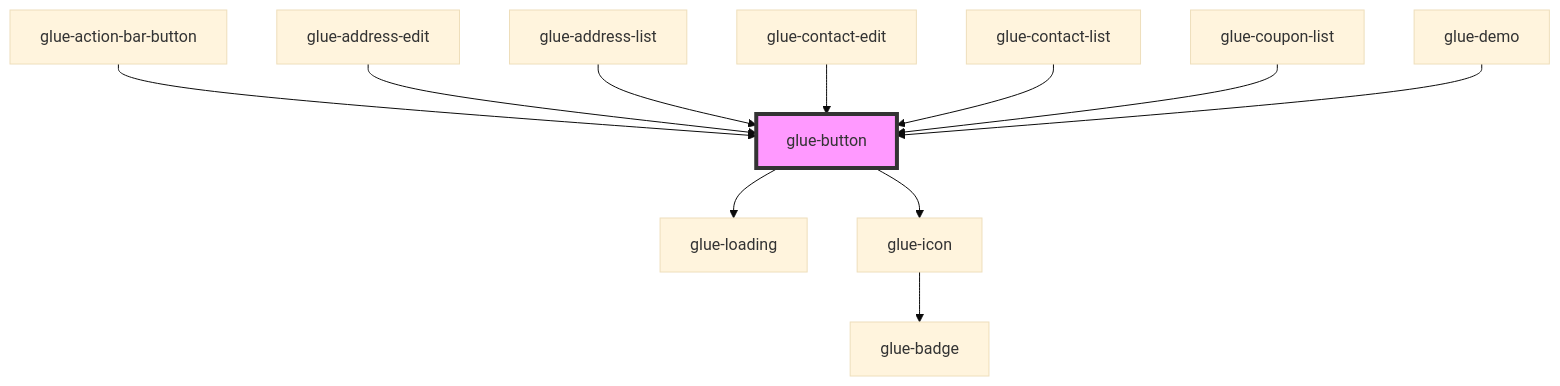
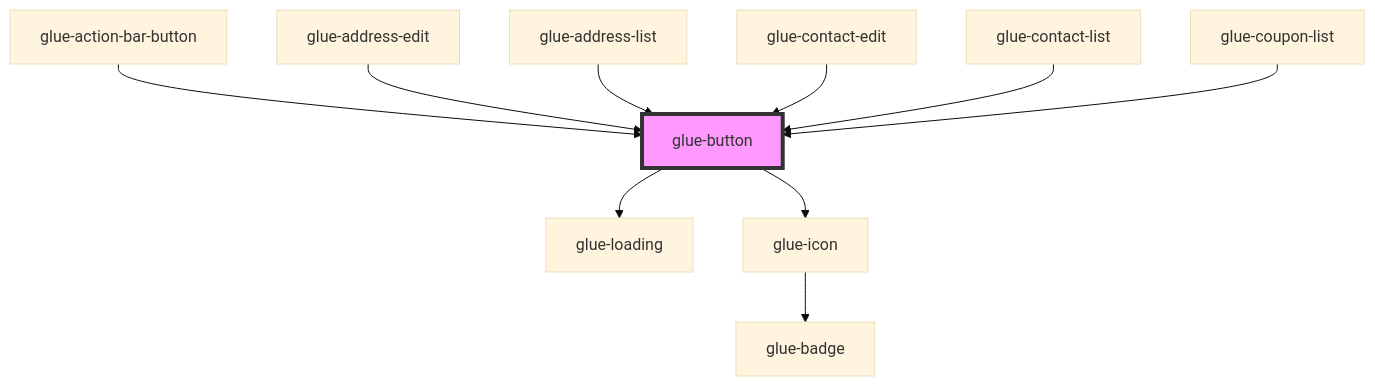
The diagram in packages/glue-components/src/components/glue-button/readme.md (grasilife/glue), drawn with Mermaid (base theme) before and after one commit. The commit also changed other lines of this file and 69 other files, not shown here.

````diff
--- a/packages/glue-components/src/components/glue-button/readme.md
+++ b/packages/glue-components/src/components/glue-button/readme.md
@@ -58,14 +57,13 @@
 ```mermaid
 graph TD;
   glue-button --> glue-loading
   glue-button --> glue-icon
   glue-icon --> glue-badge
   glue-action-bar-button --> glue-button
   glue-address-edit --> glue-button
   glue-address-list --> glue-button
   glue-contact-edit --> glue-button
   glue-contact-list --> glue-button
   glue-coupon-list --> glue-button
-  glue-demo --> glue-button
   style glue-button fill:#f9f,stroke:#333,stroke-width:4px
 ```
````
